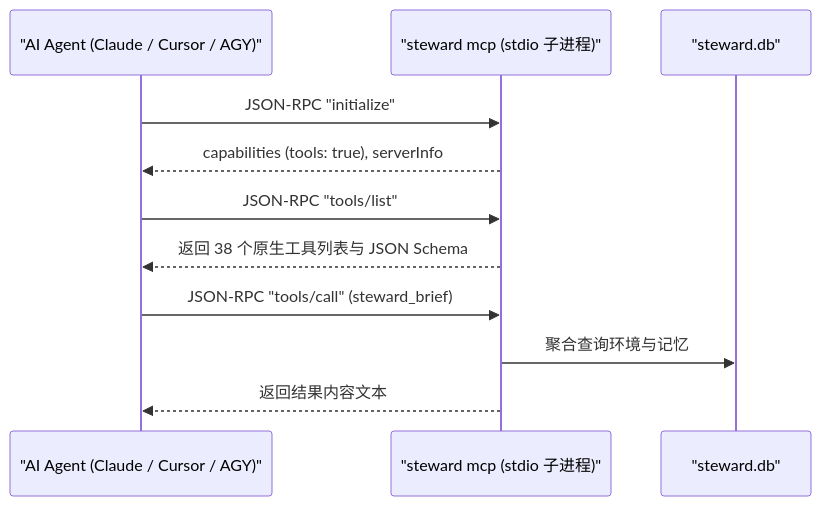
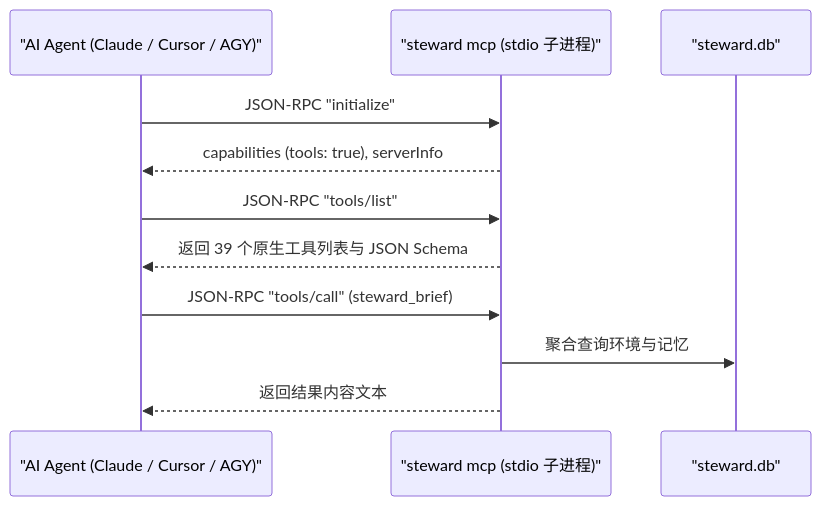
The diagram in manual/04-mcp-integration.md (digoal/agent-body), drawn with Mermaid before and after one commit. The commit also changed other lines of this file and 23 other files, not shown here.

````diff
--- a/manual/04-mcp-integration.md
+++ b/manual/04-mcp-integration.md
@@ -11,14 +11,14 @@
 ```mermaid
 sequenceDiagram
     participant Agent as "AI Agent (Claude / Cursor / AGY)"
     participant Steward as "steward mcp (stdio 子进程)"
     participant SQLite as "steward.db"
 
     Agent->>Steward: JSON-RPC "initialize"
     Steward-->>Agent: capabilities (tools: true), serverInfo
     Agent->>Steward: JSON-RPC "tools/list"
-    Steward-->>Agent: 返回 38 个原生工具列表与 JSON Schema
+    Steward-->>Agent: 返回 39 个原生工具列表与 JSON Schema
     Agent->>Steward: JSON-RPC "tools/call" (steward_brief)
     Steward->>SQLite: 聚合查询环境与记忆
     Steward-->>Agent: 返回结果内容文本
 ```
````
